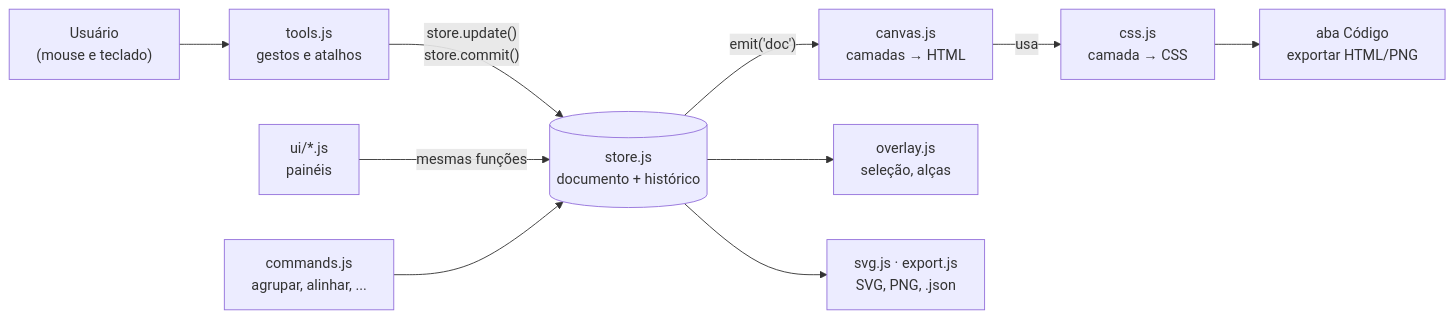
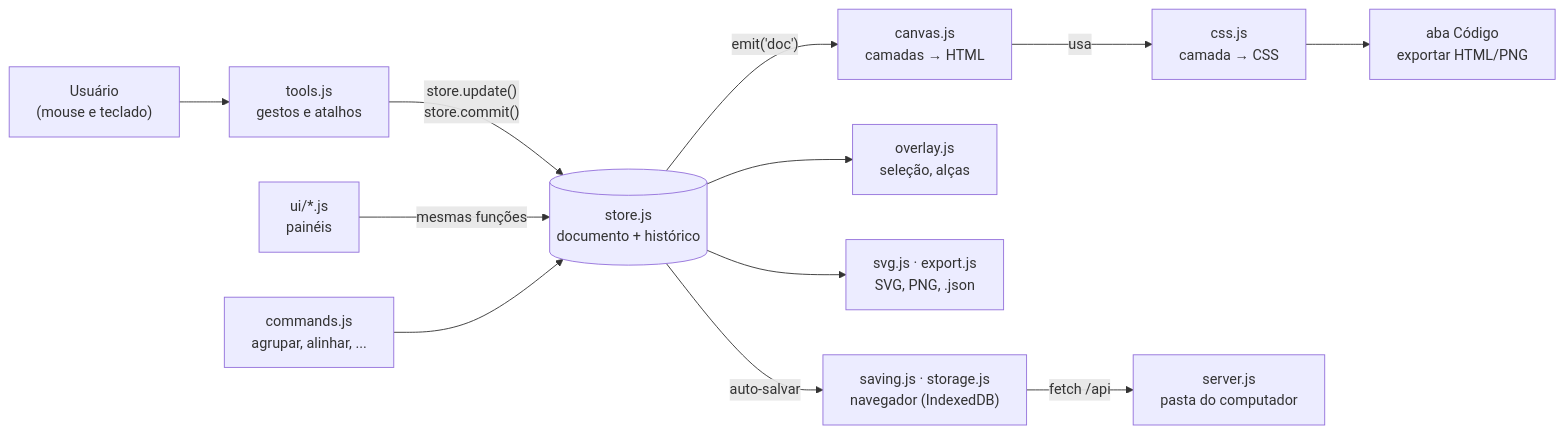
Before and after one commit to Kaykygnb/StyloDesigner: the diagram in README.md, drawn with Mermaid. The commit also changed other lines of this file and 18 other files, not shown here.

````diff
--- a/README.md
+++ b/README.md
@@ -271,12 +306,14 @@
 ```mermaid
 flowchart LR
   U["Usuário<br/>(mouse e teclado)"] --> T["tools.js<br/>gestos e atalhos"]
   T -->|"store.update()<br/>store.commit()"| S[("store.js<br/>documento + histórico")]
   P["ui/*.js<br/>painéis"] -->|"mesmas funções"| S
   C["commands.js<br/>agrupar, alinhar, ..."] --> S
   S -->|"emit('doc')"| CV["canvas.js<br/>camadas → HTML"]
   CV -->|"usa"| CSS["css.js<br/>camada → CSS"]
   S --> O["overlay.js<br/>seleção, alças"]
   CSS --> CODE["aba Código<br/>exportar HTML/PNG"]
   S --> EX["svg.js · export.js<br/>SVG, PNG, .json"]
+  S -->|"auto-salvar"| SV["saving.js · storage.js<br/>navegador (IndexedDB)"]
+  SV -->|"fetch /api"| SRV["server.js<br/>pasta do computador"]
 ```
````
